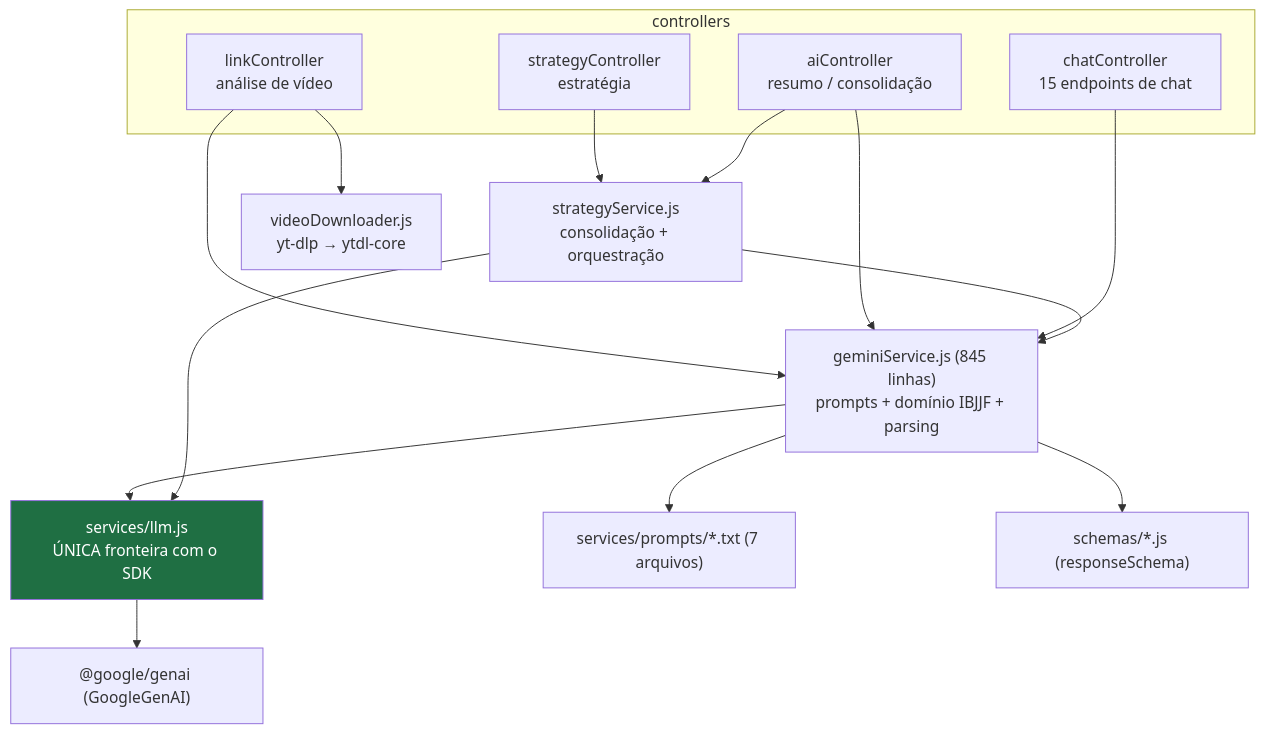
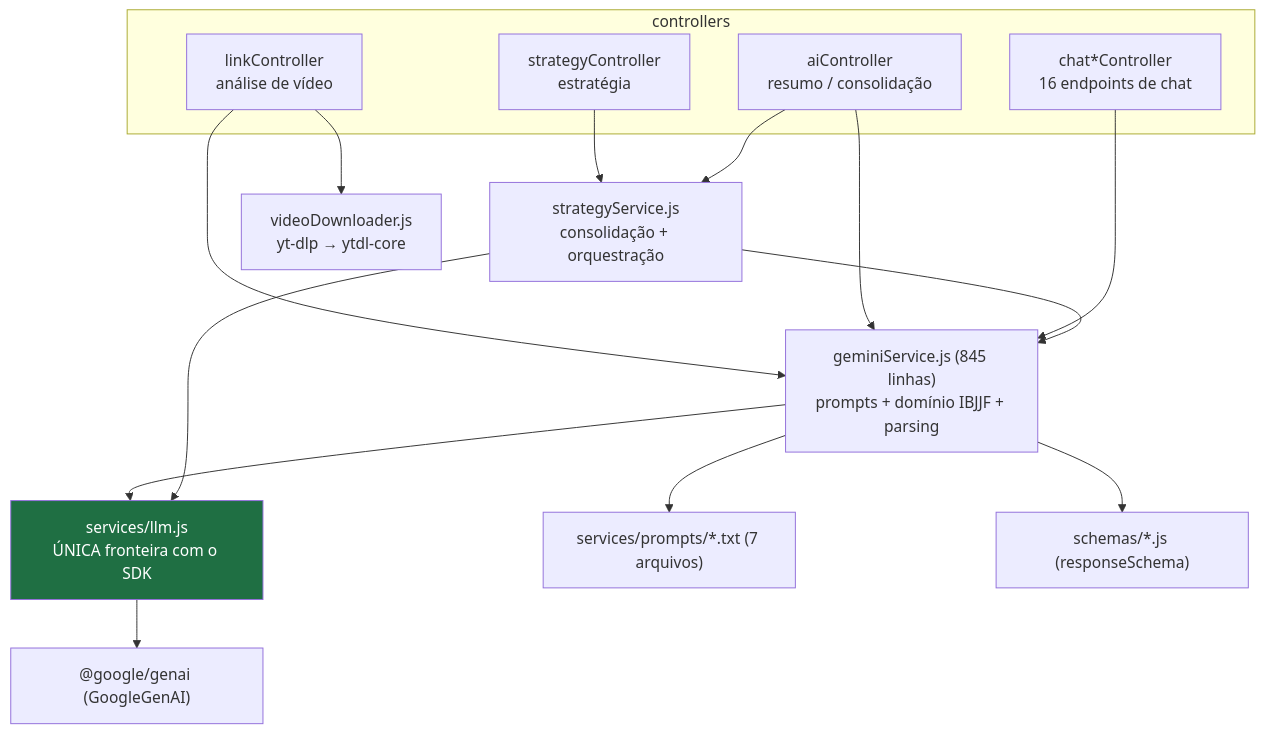
One commit to lucasxtech/JiuMetrics changed the first of 3 diagrams in docs/AI.md. Above: the diagram before and after it, drawn with Mermaid. The commit also changed 14 other files, not shown here.

````diff
--- a/docs/AI.md
+++ b/docs/AI.md
@@ -15,23 +15,23 @@
 ```mermaid
 flowchart TD
     subgraph controllers
         LC["linkController<br/>análise de vídeo"]
         SC["strategyController<br/>estratégia"]
         AC["aiController<br/>resumo / consolidação"]
-        CC["chatController<br/>15 endpoints de chat"]
+        CC["chat*Controller<br/>16 endpoints de chat"]
     end
     LC --> GS["geminiService.js (845 linhas)<br/>prompts + domínio IBJJF + parsing"]
     SC --> SS["strategyService.js<br/>consolidação + orquestração"]
     AC --> SS
     AC --> GS
     CC --> GS
     SS --> GS
     GS --> LLM["services/llm.js<br/>ÚNICA fronteira com o SDK"]
     SS --> LLM
     LLM --> SDK["@google/genai (GoogleGenAI)"]
     GS --> P["services/prompts/*.txt (7 arquivos)"]
     GS --> SCH["schemas/*.js (responseSchema)"]
     LC --> VD["videoDownloader.js<br/>yt-dlp → ytdl-core"]
 
     style LLM fill:#1f6f43,color:#fff
 ```
````
